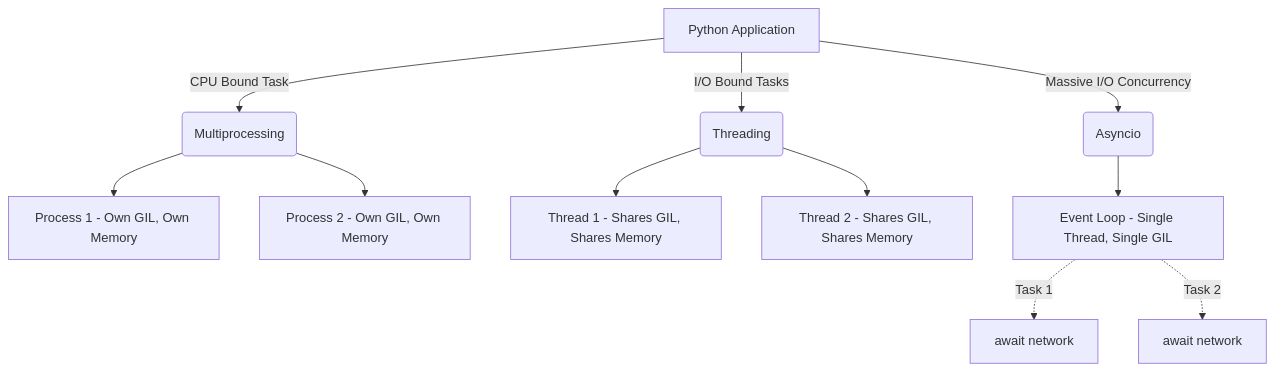
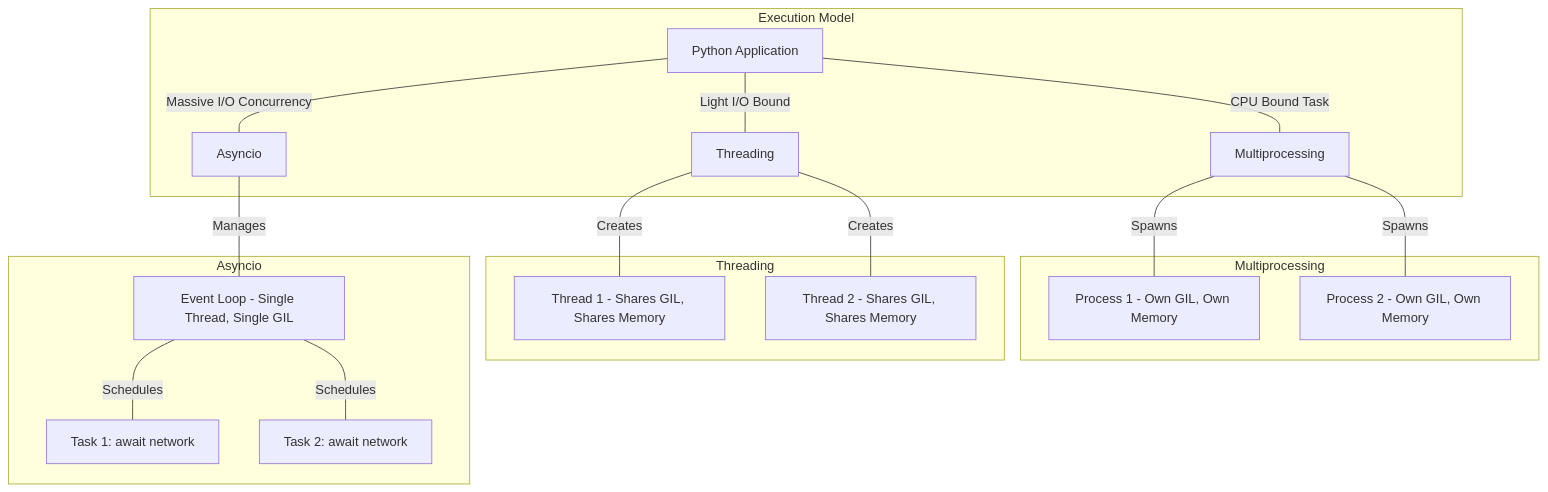
Before and after one commit to jithinpnjm/nvidia-devops: the first of 2 diagrams in docs/volume-02/02-python-systems-concurrency-masterclass.md, drawn with Mermaid. The commit also changed other lines of this file and 110 other files, not shown here.

Commit message:
docs(volume-1-10): complete second-pass refinement of formatting, visual diagrams, and code snippets

````diff
--- a/docs/volume-02/02-python-systems-concurrency-masterclass.md
+++ b/docs/volume-02/02-python-systems-concurrency-masterclass.md
@@ -41,16 +41,24 @@
 ```mermaid
-graph TD
-    A[Python Application] -->|CPU Bound Task| B(Multiprocessing)
-    A -->|I/O Bound Tasks| C(Threading)
-    A -->|Massive I/O Concurrency| D(Asyncio)
+flowchart TD
+    subgraph Execution Model
+        A[Python Application] -- "CPU Bound Task" --- B[Multiprocessing]
+        A -- "Light I/O Bound" --- C[Threading]
+        A -- "Massive I/O Concurrency" --- D[Asyncio]
+    end
 
-    B --> B1[Process 1 - Own GIL, Own Memory]
-    B --> B2[Process 2 - Own GIL, Own Memory]
+    subgraph Multiprocessing
+        B -- "Spawns" --- B1[Process 1 - Own GIL, Own Memory]
+        B -- "Spawns" --- B2[Process 2 - Own GIL, Own Memory]
+    end
     
-    C --> C1[Thread 1 - Shares GIL, Shares Memory]
-    C --> C2[Thread 2 - Shares GIL, Shares Memory]
+    subgraph Threading
+        C -- "Creates" --- C1[Thread 1 - Shares GIL, Shares Memory]
+        C -- "Creates" --- C2[Thread 2 - Shares GIL, Shares Memory]
+    end
 
-    D --> D1[Event Loop - Single Thread, Single GIL]
-    D1 -.->|Task 1| D2[await network]
-    D1 -.->|Task 2| D3[await network]
+    subgraph Asyncio
+        D -- "Manages" --- D1[Event Loop - Single Thread, Single GIL]
+        D1 -- "Schedules" --- D2[Task 1: await network]
+        D1 -- "Schedules" --- D3[Task 2: await network]
+    end
 ```
````
